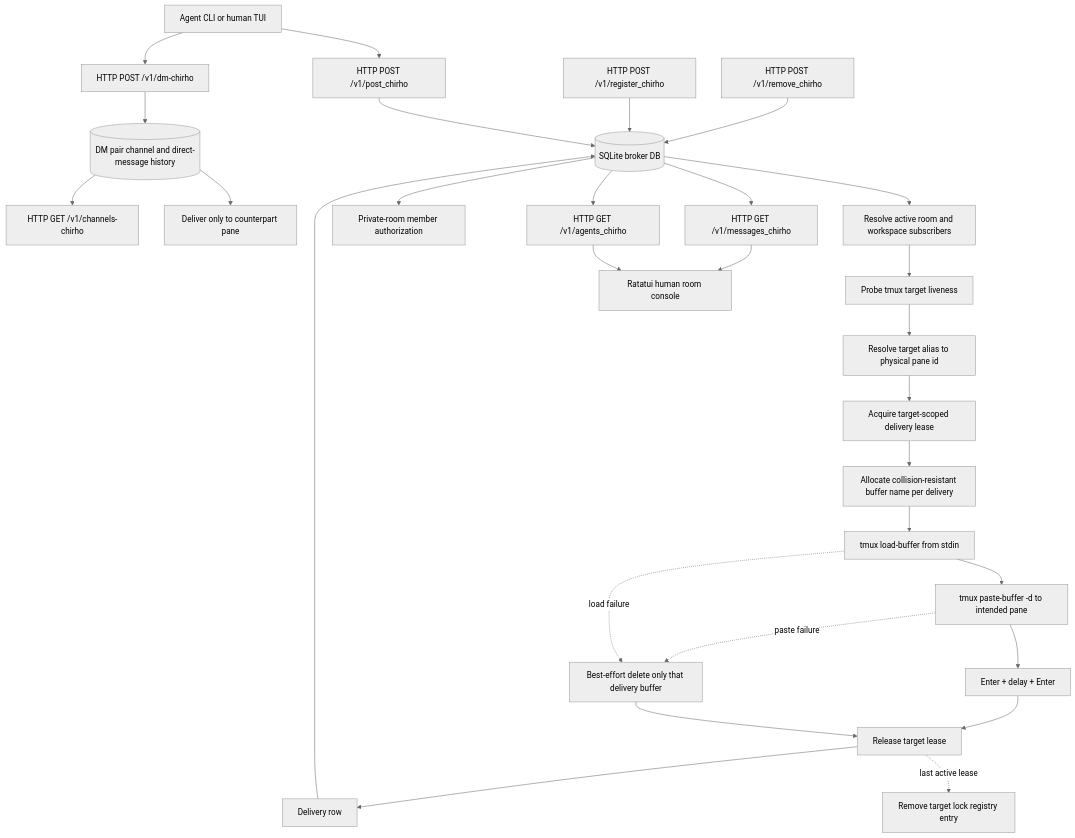
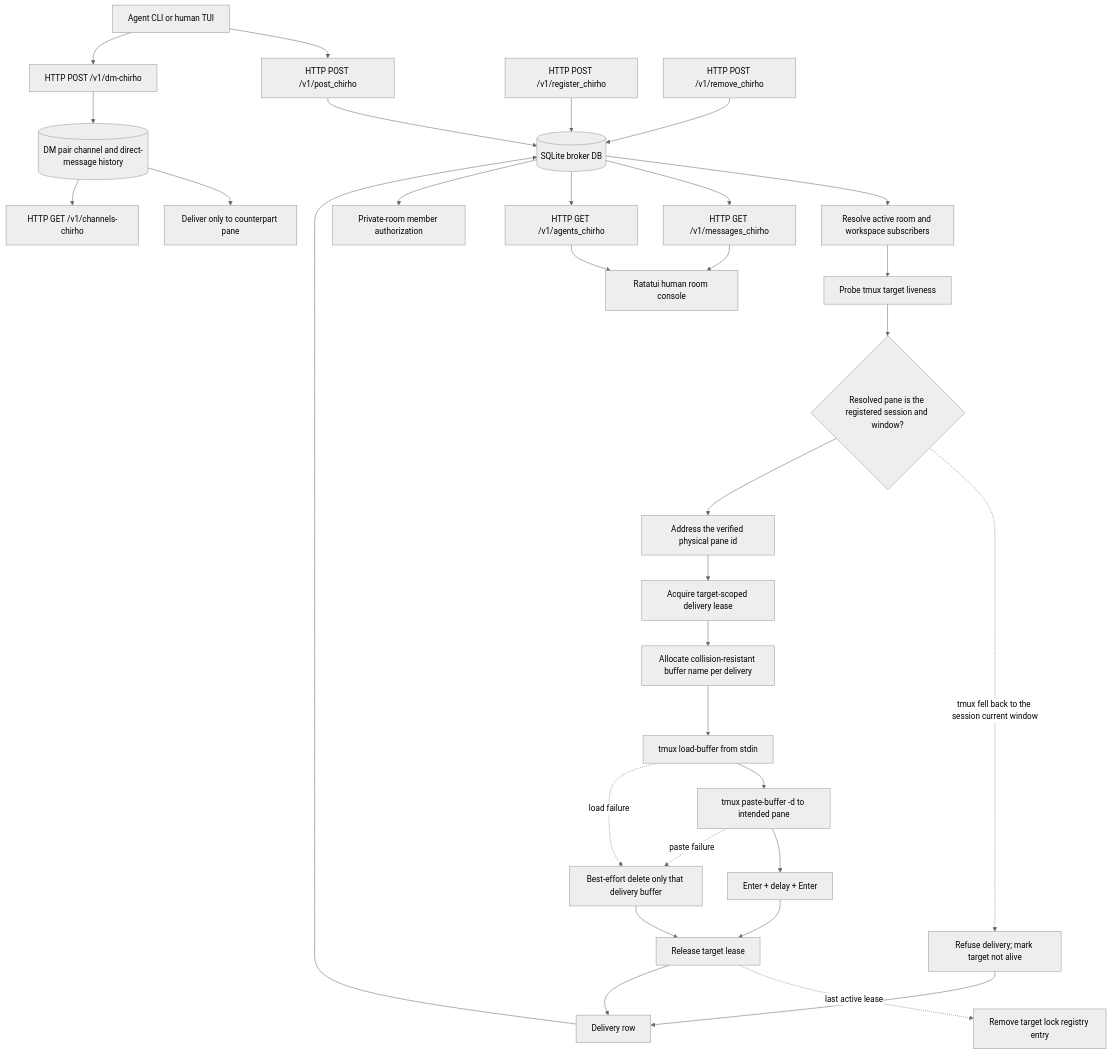
The diagram in spec-chirho/workflows-chirho/metropoleluya-http-broker-flow-chirho.md (loveJesus/metropoleluya-chirho), drawn with Mermaid (neutral theme) before and after one commit. The commit also changed other lines of this file and 3 other files, not shown here.

First line of the commit message:
fix: refuse tmux targets that resolve to the wrong window chirho

````diff
--- a/spec-chirho/workflows-chirho/metropoleluya-http-broker-flow-chirho.md
+++ b/spec-chirho/workflows-chirho/metropoleluya-http-broker-flow-chirho.md
@@ -5,31 +5,34 @@
 ```mermaid
 flowchart TD
 agent_chirho[Agent CLI or human TUI] --> post_chirho[HTTP POST /v1/post_chirho]
 agent_chirho --> dm_chirho[HTTP POST /v1/dm-chirho]
     register_chirho[HTTP POST /v1/register_chirho] --> db_chirho[(SQLite broker DB)]
     remove_chirho[HTTP POST /v1/remove_chirho] --> db_chirho
 post_chirho --> db_chirho
 dm_chirho --> private_db_chirho[(DM pair channel and direct-message history)]
 private_db_chirho --> direct_delivery_chirho[Deliver only to counterpart pane]
     db_chirho --> select_chirho[Resolve active room and workspace subscribers]
     select_chirho --> live_chirho[Probe tmux target liveness]
-    live_chirho --> resolve_pane_chirho[Resolve target alias to physical pane id]
+    live_chirho --> verify_window_chirho{Resolved pane is the registered session and window?}
+    verify_window_chirho -. tmux fell back to the session current window .-> refuse_chirho[Refuse delivery; mark target not alive]
+    refuse_chirho --> delivery_log_chirho
+    verify_window_chirho --> resolve_pane_chirho[Address the verified physical pane id]
     resolve_pane_chirho --> target_lock_chirho[Acquire target-scoped delivery lease]
     target_lock_chirho --> isolate_buffer_chirho[Allocate collision-resistant buffer name per delivery]
     isolate_buffer_chirho --> load_buffer_chirho[tmux load-buffer from stdin]
     load_buffer_chirho --> paste_buffer_chirho[tmux paste-buffer -d to intended pane]
     paste_buffer_chirho --> deliver_chirho[Enter + delay + Enter]
     load_buffer_chirho -. load failure .-> cleanup_buffer_chirho[Best-effort delete only that delivery buffer]
     paste_buffer_chirho -. paste failure .-> cleanup_buffer_chirho
     cleanup_buffer_chirho --> release_lock_chirho[Release target lease]
     deliver_chirho --> release_lock_chirho
     release_lock_chirho -. last active lease .-> retire_lock_chirho[Remove target lock registry entry]
     release_lock_chirho --> delivery_log_chirho[Delivery row]
     delivery_log_chirho --> db_chirho
     db_chirho --> watch_chirho[HTTP GET /v1/messages_chirho]
 db_chirho --> agents_chirho[HTTP GET /v1/agents_chirho]
 db_chirho --> authorized_read_chirho[Private-room member authorization]
 private_db_chirho --> discovery_chirho[HTTP GET /v1/channels-chirho]
     watch_chirho --> board_chirho[Ratatui human room console]
     agents_chirho --> board_chirho
 ```
````
